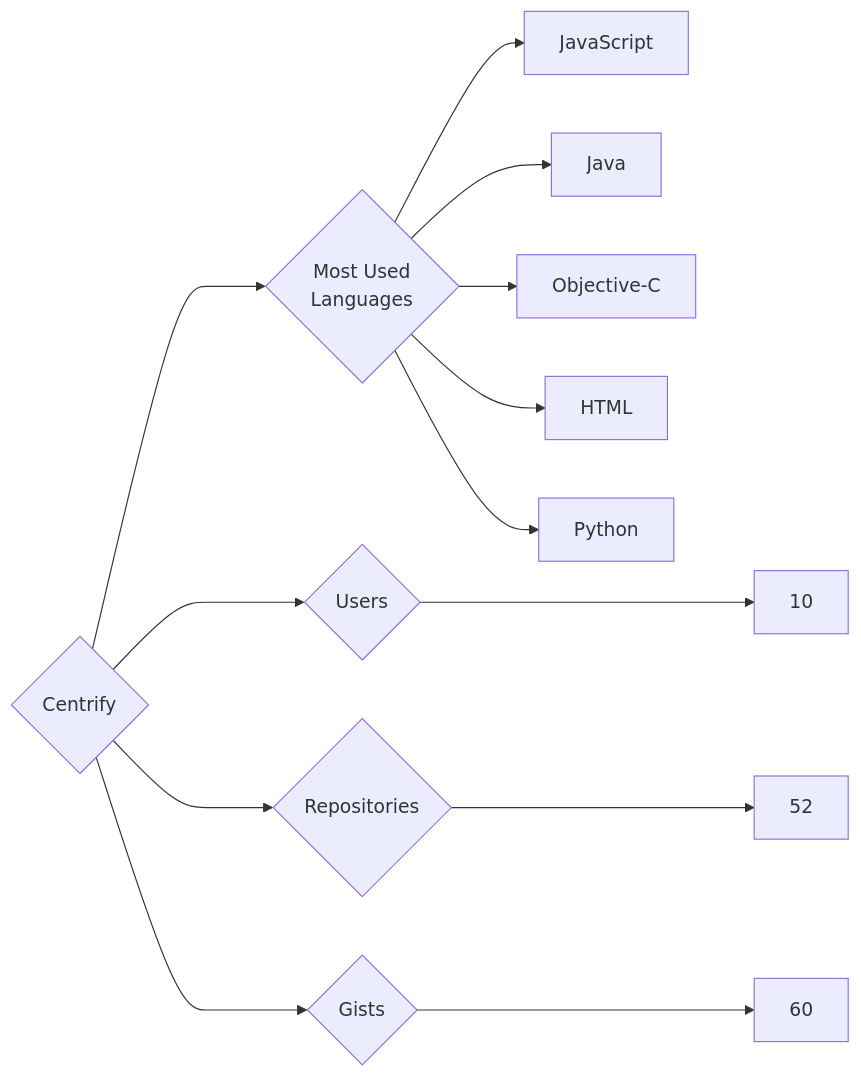
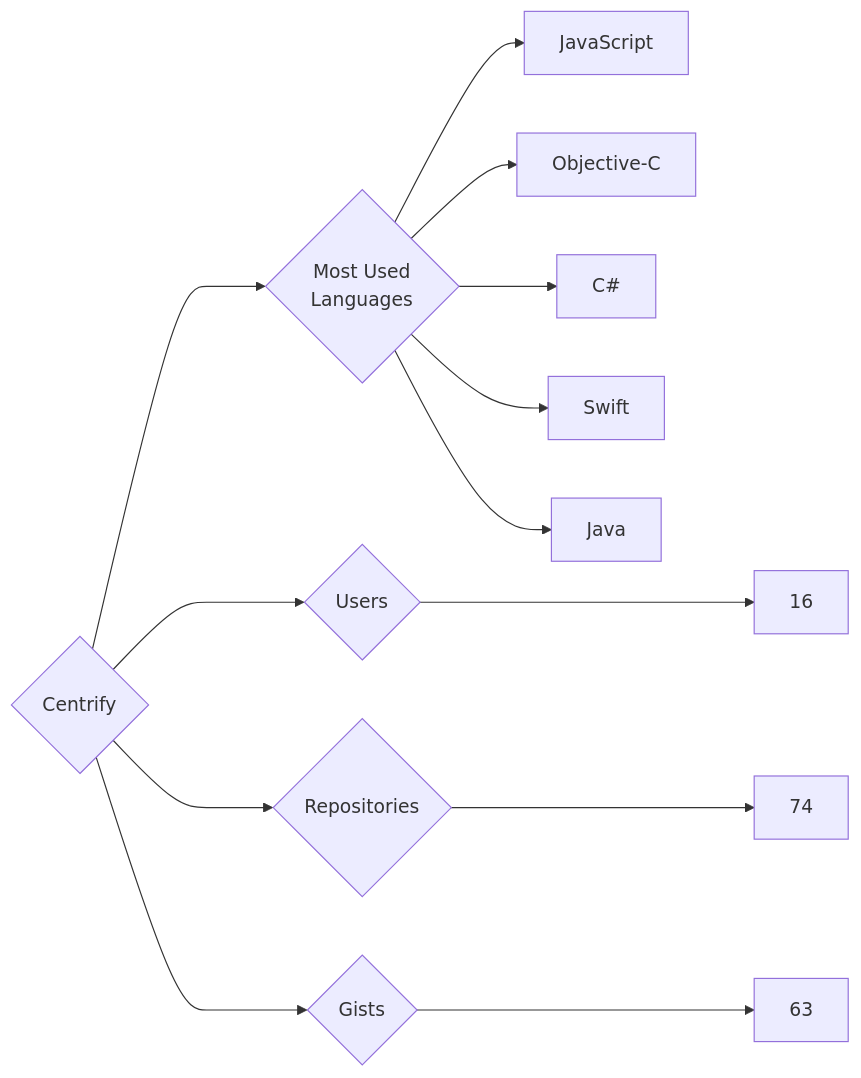
The diagram in targets/Centrify/README.md (trickest/insiders), drawn with Mermaid before and after one commit. The commit also changed 1238 other files, not shown here.

````diff
--- a/targets/Centrify/README.md
+++ b/targets/Centrify/README.md
@@ -3,13 +3,13 @@
 ```mermaid
 graph LR
 COMPANY_NAME{Centrify}
-COMPANY_NAME ---> U{Users} ---> UN[10]
-COMPANY_NAME ---> R{Repositories} ---> RN[52]
-COMPANY_NAME ---> G{Gists} ---> GN[60]
+COMPANY_NAME ---> U{Users} ---> UN[16]
+COMPANY_NAME ---> R{Repositories} ---> RN[74]
+COMPANY_NAME ---> G{Gists} ---> GN[63]
 COMPANY_NAME ---> ML{Most Used<br>Languages}
 ML --> JavaScript[JavaScript]
+ML --> Objective-C[Objective-C]
+ML --> C#[C#]
+ML --> Swift[Swift]
 ML --> Java[Java]
-ML --> Objective-C[Objective-C]
-ML --> HTML[HTML]
-ML --> Python[Python]
 ```
````
